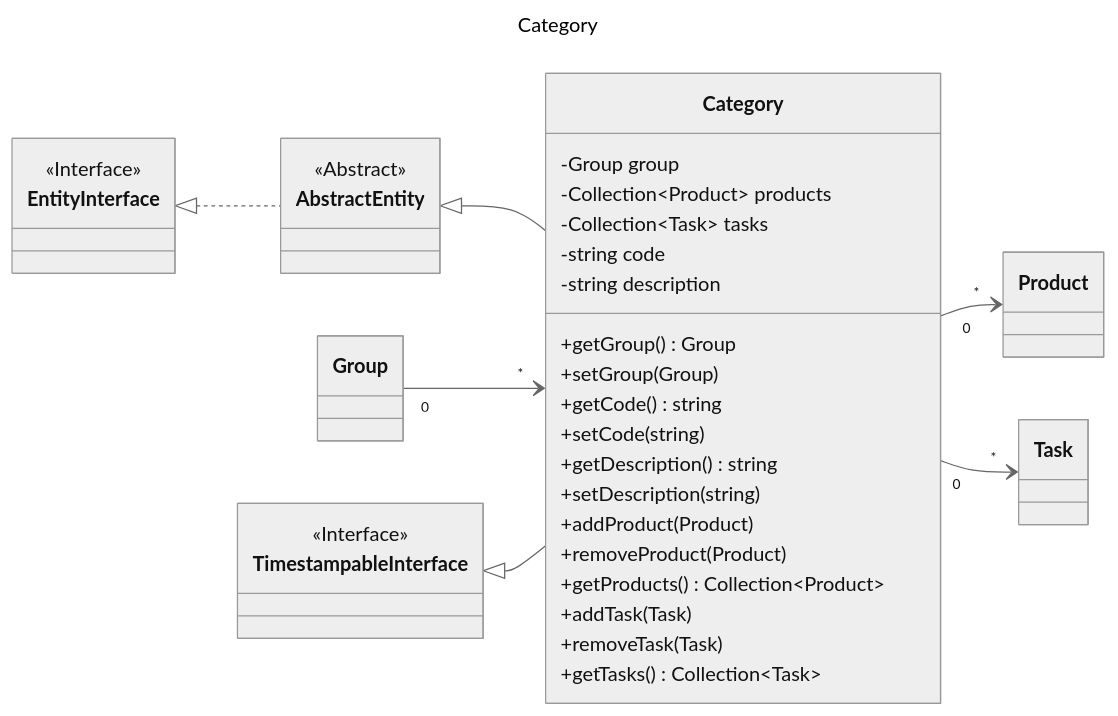
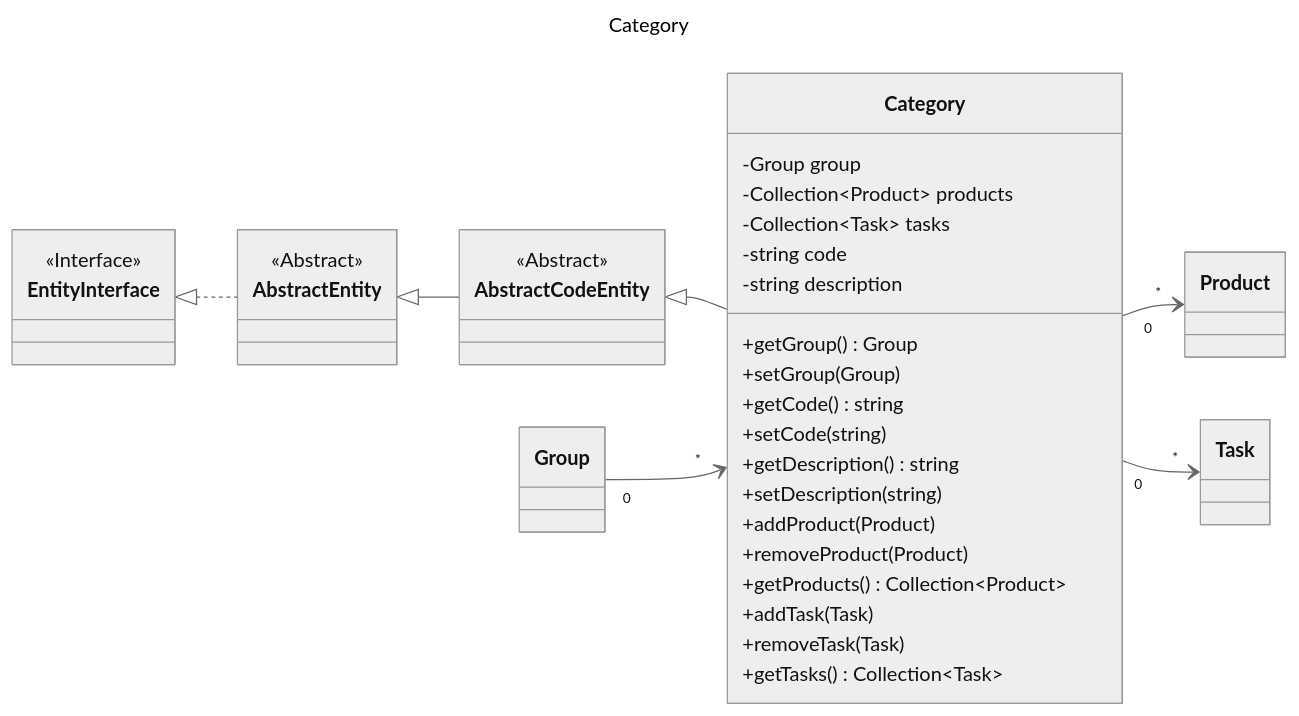
Before and after one commit to laurentmuller/calculation: the diagram in resources/diagrams/category.mmd, drawn with Mermaid (neutral theme). The commit also changed 22 other files, not shown here.

```diff
--- a/resources/diagrams/category.mmd
+++ b/resources/diagrams/category.mmd
@@ -1,50 +1,52 @@
 ---
 title: Category
 ---
 classDiagram
     direction LR
 
     class Category {
         -Group group
         -Collection~Product~ products
         -Collection~Task~ tasks
         -string code
         -string description
         +getGroup() Group
         +setGroup(Group)
         +getCode() string
         +setCode(string)
         +getDescription() string
         +setDescription(string)
         +addProduct(Product)
         +removeProduct(Product)
         +getProducts() Collection~Product~
         +addTask(Task)
         +removeTask(Task)
         +getTasks() Collection~Task~
     }
 
     class AbstractEntity {
         <<Abstract>>
     }
+
+    class AbstractCodeEntity {
+        <<Abstract>>
+    }
+
     class EntityInterface {
         <<Interface>>
     }
 
-    class TimestampableInterface {
-        <<Interface>>
-    }
+    EntityInterface <|.. AbstractEntity
+    AbstractCodeEntity <|-- Category
+    AbstractEntity <|-- AbstractCodeEntity
 
-    EntityInterface <|.. AbstractEntity
-    AbstractEntity <|-- Category
     Group "0" --> "*" Category
     Category "0" --> "*" Product
     Category "0" --> "*" Task
-    TimestampableInterface <|-- Category
 
     click EntityInterface call nodeCallback()
     click AbstractEntity call nodeCallback()
+    click AbstractCodeEntity call nodeCallback()
     click Group call nodeCallback()
     click Product call nodeCallback()
     click Task call nodeCallback()
-    click TimestampableInterface call nodeCallback()
```
